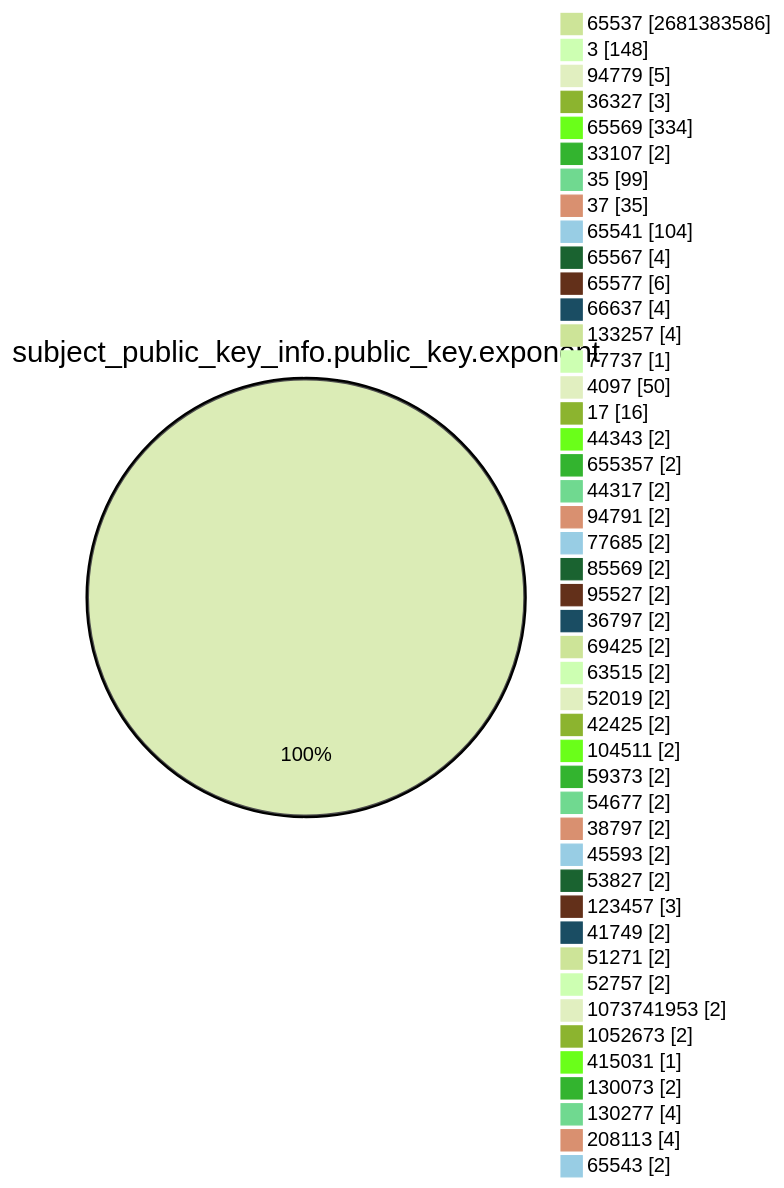
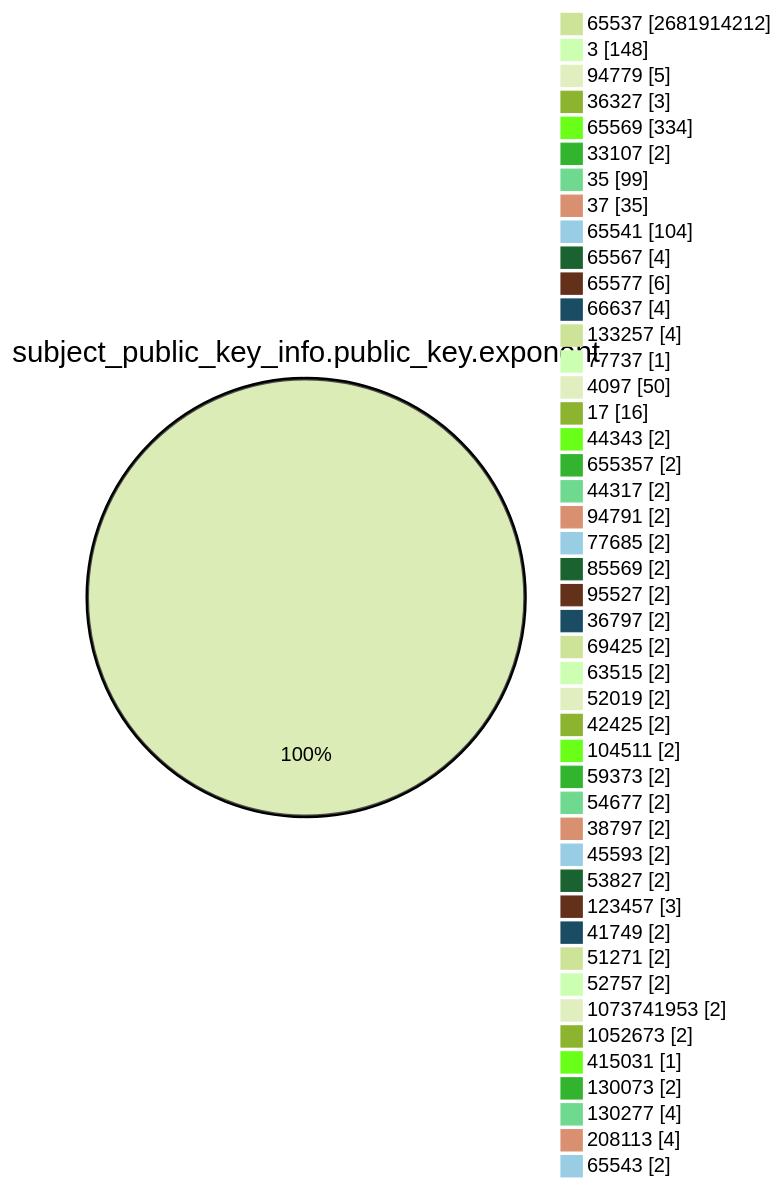
The fourth of 15 diagrams in TOTAL/README.md (christiankrug/ctmonitor_visualization), drawn with Mermaid (forest theme) before and after one commit. The commit also changed other lines of this file, not shown here.

````diff
--- a/TOTAL/README.md
+++ b/TOTAL/README.md
@@ -1467,49 +1467,49 @@
 ```mermaid
 pie showData
 title subject_public_key_info.public_key.exponent
-"65537" :2681383586
+"65537" :2681914212
 "3" :148
 "94779" :5
 "36327" :3
 "65569" :334
 "33107" :2
 "35" :99
 "37" :35
 "65541" :104
 "65567" :4
 "65577" :6
 "66637" :4
 "133257" :4
 "77737" :1
 "4097" :50
 "17" :16
 "44343" :2
 "655357" :2
 "44317" :2
 "94791" :2
 "77685" :2
 "85569" :2
 "95527" :2
 "36797" :2
 "69425" :2
 "63515" :2
 "52019" :2
 "42425" :2
 "104511" :2
 "59373" :2
 "54677" :2
 "38797" :2
 "45593" :2
 "53827" :2
 "123457" :3
 "41749" :2
 "51271" :2
 "52757" :2
 "1073741953" :2
 "1052673" :2
 "415031" :1
 "130073" :2
 "130277" :4
 "208113" :4
 "65543" :2
 ```
````
